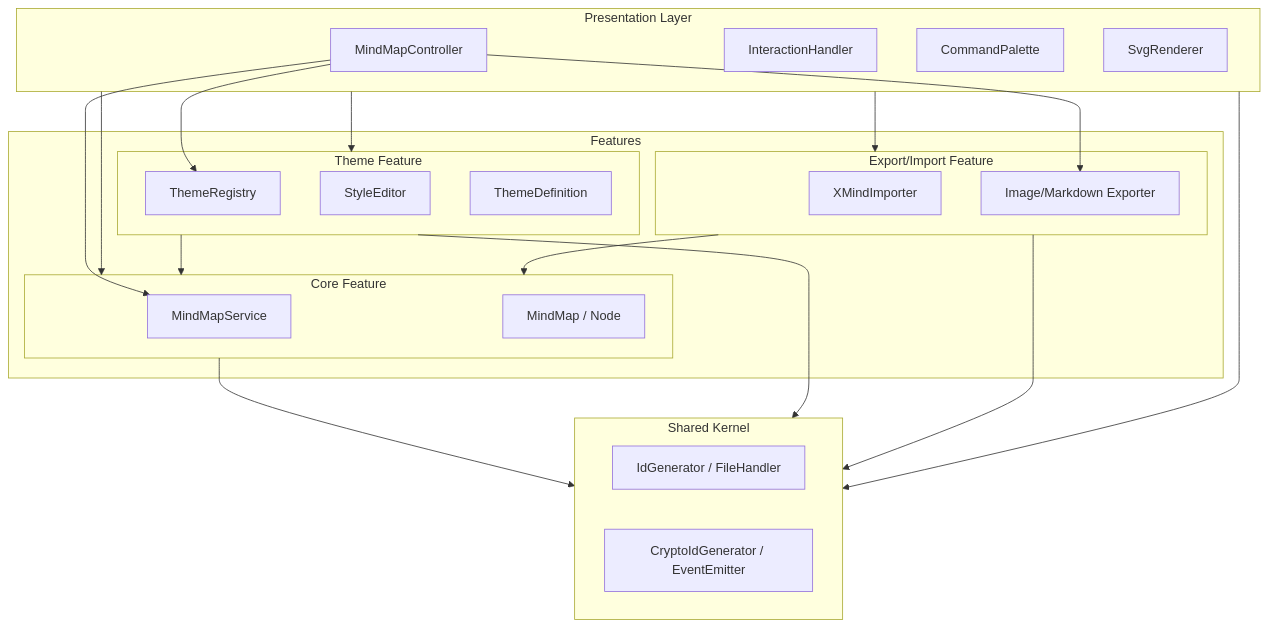
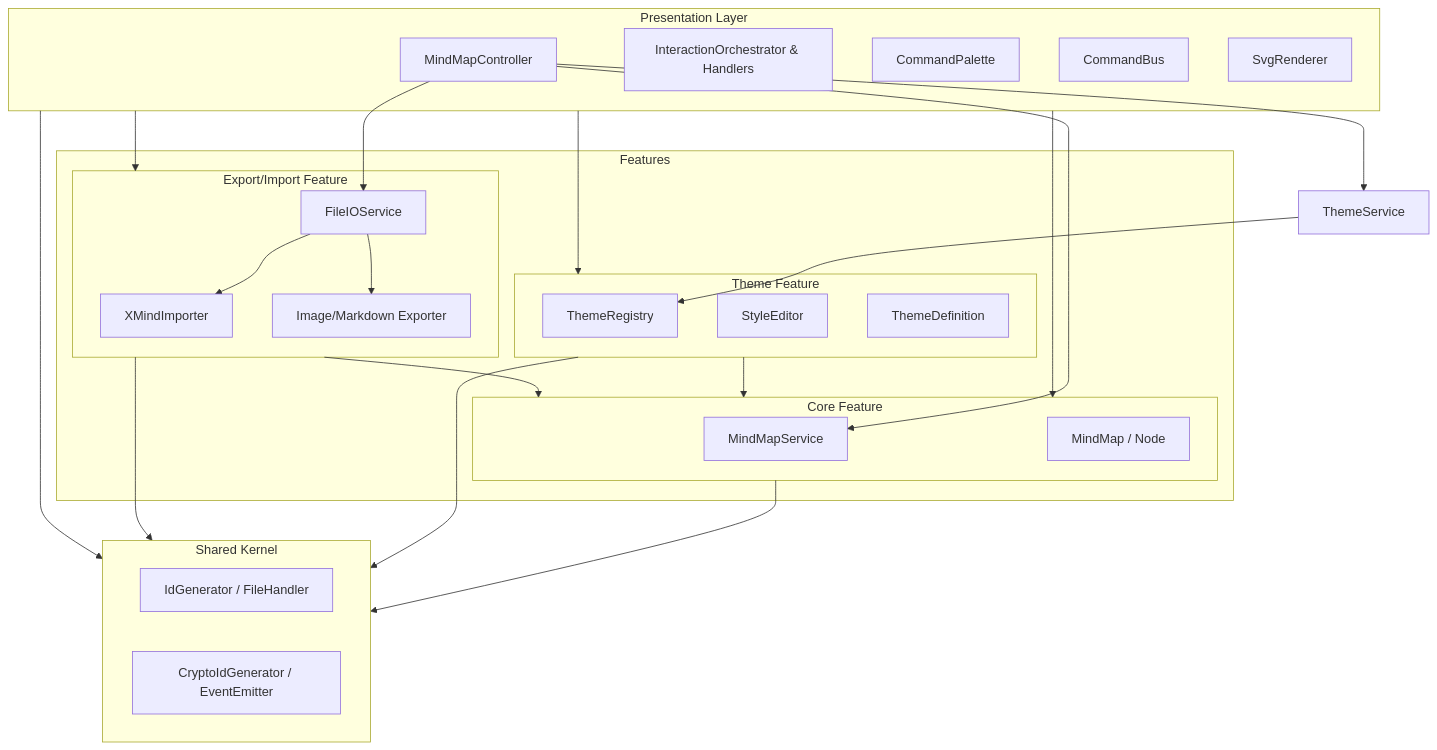
Before and after one commit to hiroooo000/kakidash: the first of 7 diagrams in docs/api/media/SOFTWARE_ARCHITECTURE.md, drawn with Mermaid. The commit also changed other lines of this file and 17 other files, not shown here.

First line of the commit message:
refactor(interaction): Implement InteractionOrchestrator and CommandBus

````diff
--- a/docs/api/media/SOFTWARE_ARCHITECTURE.md
+++ b/docs/api/media/SOFTWARE_ARCHITECTURE.md
@@ -10,52 +10,58 @@
 ```mermaid
 graph TD
     subgraph Presentation ["Presentation Layer"]
         Controller[MindMapController]
-        Interaction[InteractionHandler]
+        Interaction[InteractionOrchestrator & Handlers]
         Command[CommandPalette]
+        CmdBus[CommandBus]
         View[SvgRenderer]
     end
 
     subgraph Features ["Features"]
         subgraph Core ["Core Feature"]
             Service[MindMapService]
             DomainEntities[MindMap / Node]
         end
 
         subgraph Theme ["Theme Feature"]
             ThemeReg[ThemeRegistry]
             StyleEd[StyleEditor]
             ThemeDef[ThemeDefinition]
         end
 
         subgraph Export ["Export/Import Feature"]
             Importers[XMindImporter]
             Exporters[Image/Markdown Exporter]
+            FileIO[FileIOService]
         end
     end
 
     subgraph Shared ["Shared Kernel"]
         Kernel[IdGenerator / FileHandler]
         Infra[CryptoIdGenerator / EventEmitter]
     end
 
     %% Dependencies
     Presentation --> Core
     Presentation --> Theme
     Presentation --> Export
     
     %% Feature Inter-dependencies
     Theme --> Core
     Export --> Core
 
     %% Cross-cutting
     Core --> Shared
     Theme --> Shared
     Export --> Shared
     Presentation --> Shared
 
     %% Specific wiring
     Controller --> Service
-    Controller --> ThemeReg
-    Controller --> Exporters
+    Controller --> ThemeService
+    Controller --> FileIO
+
+    ThemeService --> ThemeReg
+    FileIO --> Exporters
+    FileIO --> Importers
 ```
````
